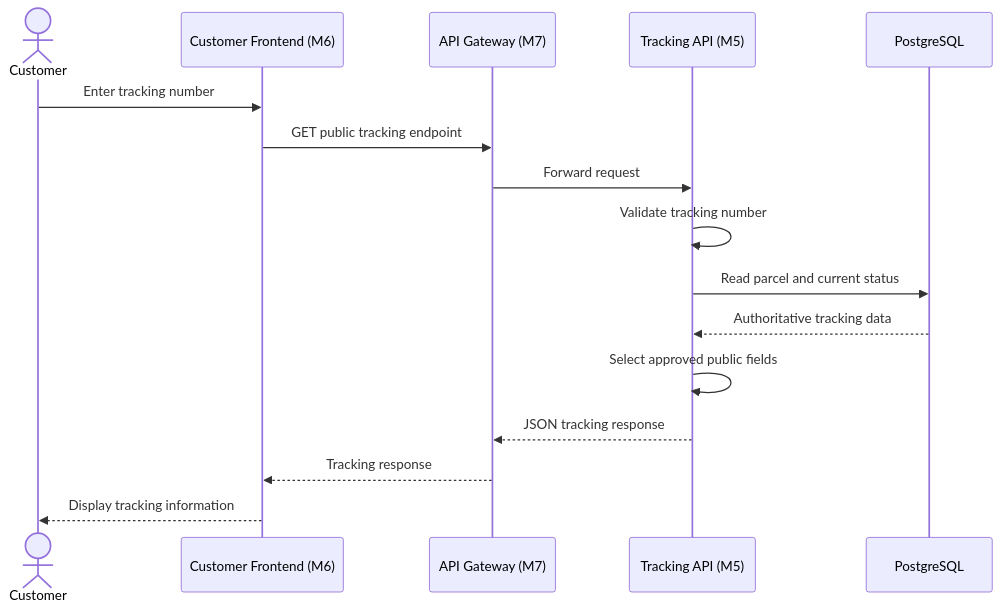
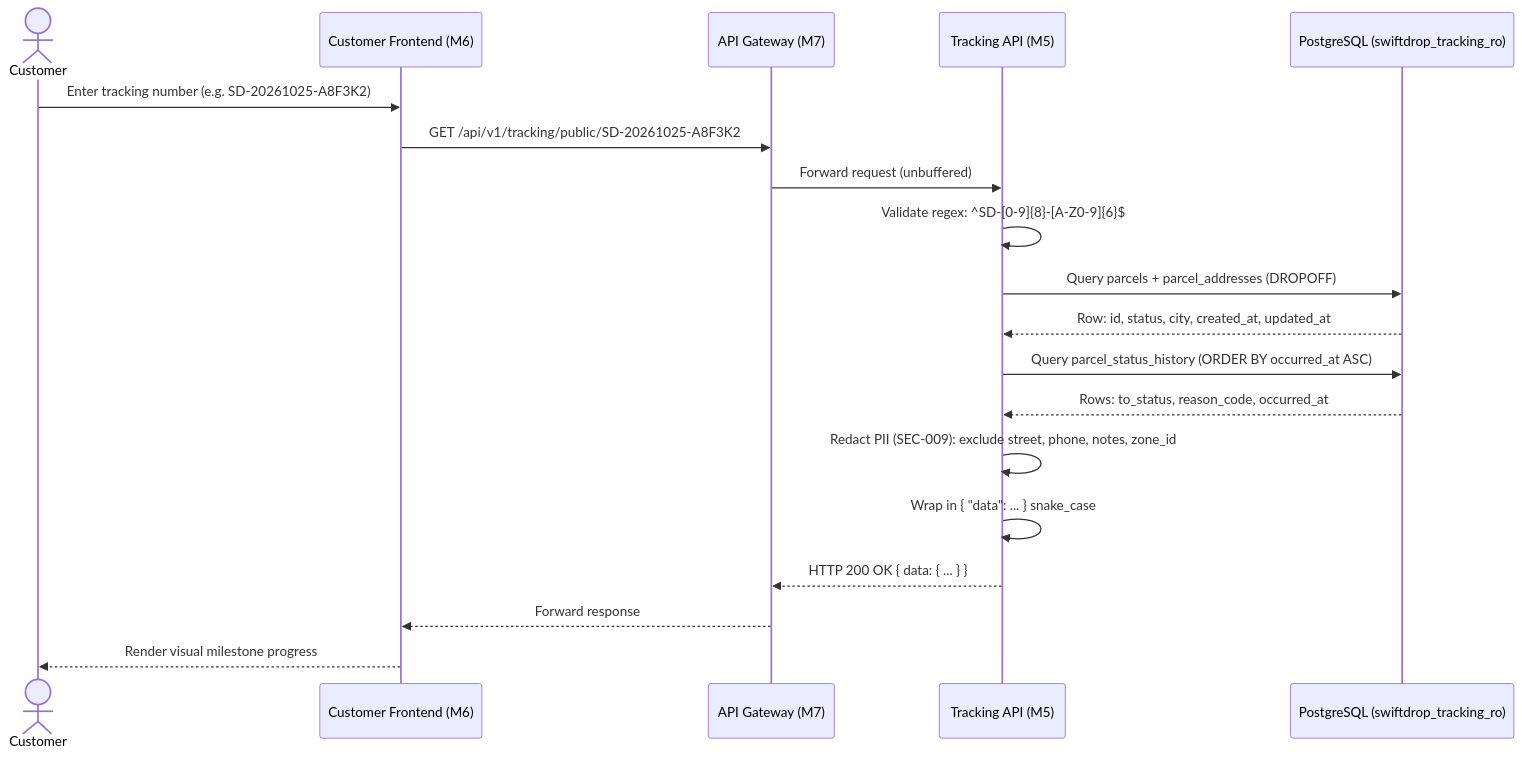
Before and after one commit to phantomTroupeEAD/SwiftDrop: the first of 4 diagrams in docs/drafts/member-05-tracking/doc-02-functional-flows-and-business-rules.md, drawn with Mermaid. The commit also changed other lines of this file and 8 other files, not shown here.

Commit message:
docs(m05): harmonize tracking specs with audit fixes, ratify port, role, and SEC-009 privacy contracts

````diff
--- a/docs/drafts/member-05-tracking/doc-02-functional-flows-and-business-rules.md
+++ b/docs/drafts/member-05-tracking/doc-02-functional-flows-and-business-rules.md
@@ -70,19 +71,22 @@
 ```mermaid
 sequenceDiagram
     actor Customer
     participant UI as Customer Frontend (M6)
     participant GW as API Gateway (M7)
     participant API as Tracking API (M5)
-    participant DB as PostgreSQL
+    participant DB as PostgreSQL (swiftdrop_tracking_ro)
 
-    Customer->>UI: Enter tracking number
-    UI->>GW: GET public tracking endpoint
-    GW->>API: Forward request
-    API->>API: Validate tracking number
-    API->>DB: Read parcel and current status
-    DB-->>API: Authoritative tracking data
-    API->>API: Select approved public fields
-    API-->>GW: JSON tracking response
-    GW-->>UI: Tracking response
-    UI-->>Customer: Display tracking information
+    Customer->>UI: Enter tracking number (e.g. SD-20261025-A8F3K2)
+    UI->>GW: GET /api/v1/tracking/public/SD-20261025-A8F3K2
+    GW->>API: Forward request (unbuffered)
+    API->>API: Validate regex: ^SD-[0-9]{8}-[A-Z0-9]{6}$
+    API->>DB: Query parcels + parcel_addresses (DROPOFF)
+    DB-->>API: Row: id, status, city, created_at, updated_at
+    API->>DB: Query parcel_status_history (ORDER BY occurred_at ASC)
+    DB-->>API: Rows: to_status, reason_code, occurred_at
+    API->>API: Redact PII (SEC-009): exclude street, phone, notes, zone_id
+    API->>API: Wrap in { "data": ... } snake_case
+    API-->>GW: HTTP 200 OK { data: { ... } }
+    GW-->>UI: Forward response
+    UI-->>Customer: Render visual milestone progress
 ```
````
